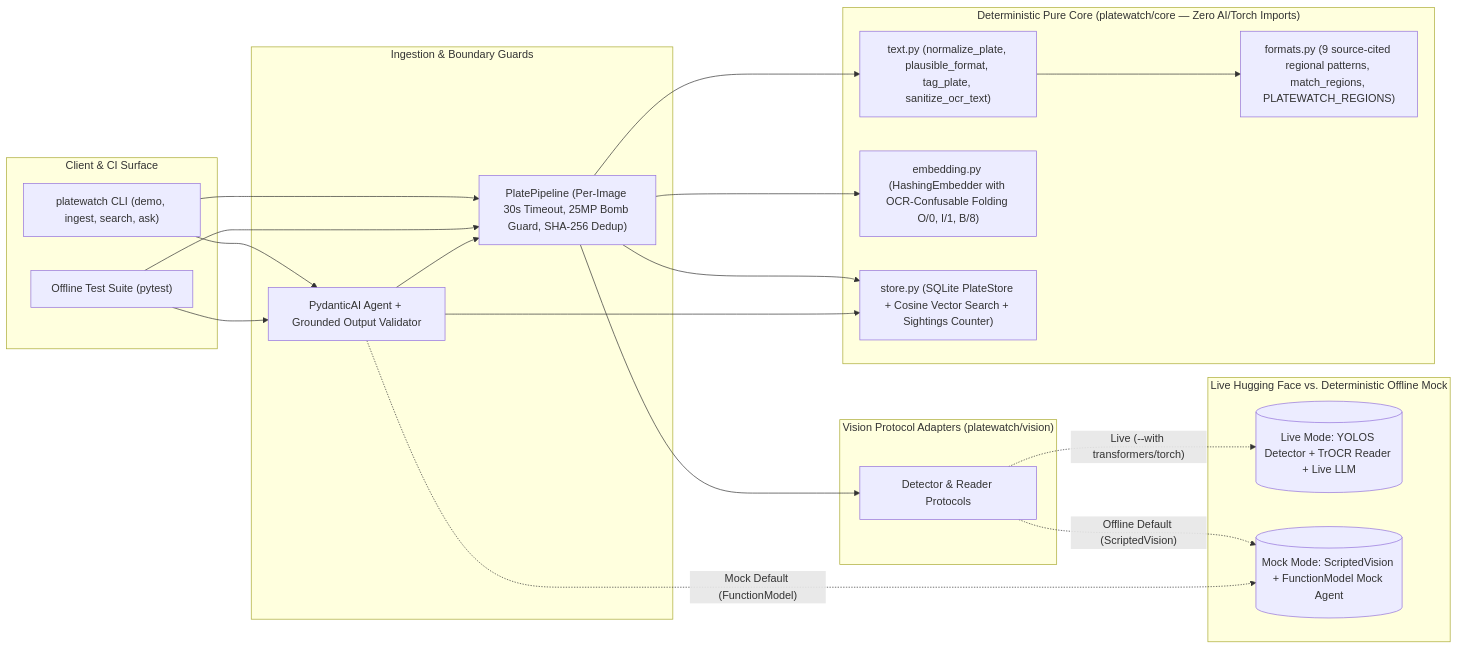
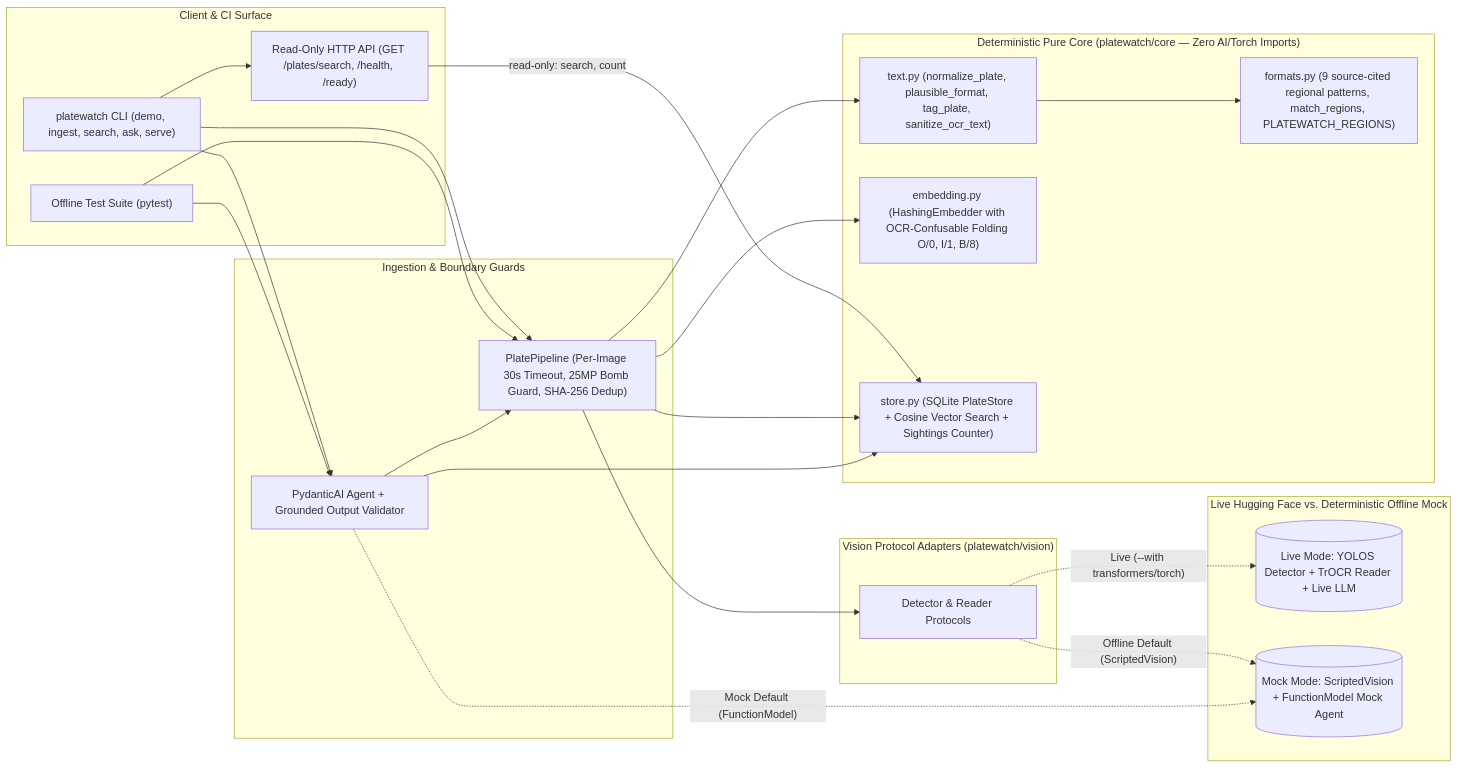
Before and after one commit to AshraHossain/agent-system: the first of 2 diagrams in platewatch/README.md, drawn with Mermaid. The commit also changed other lines of this file and 7 other files, not shown here.

First line of the commit message:
feat(platewatch): read-only GET /plates/search API (#51)

````diff
--- a/platewatch/README.md
+++ b/platewatch/README.md
@@ -16,36 +16,39 @@
 ```mermaid
 flowchart LR
     subgraph Client["Client & CI Surface"]
-        CLI["platewatch CLI (demo, ingest, search, ask)"]
+        CLI["platewatch CLI (demo, ingest, search, ask, serve)"]
+        API["Read-Only HTTP API (GET /plates/search, /health, /ready)"]
         PYTEST["Offline Test Suite (pytest)"]
     end
 
     subgraph Edge["Ingestion & Boundary Guards"]
         PIPE["PlatePipeline (Per-Image 30s Timeout, 25MP Bomb Guard, SHA-256 Dedup)"]
         AG["PydanticAI Agent + Grounded Output Validator"]
     end
 
     subgraph Core["Deterministic Pure Core (platewatch/core — Zero AI/Torch Imports)"]
         TXT["text.py (normalize_plate, plausible_format, tag_plate, sanitize_ocr_text)"]
         FMT["formats.py (9 source-cited regional patterns, match_regions, PLATEWATCH_REGIONS)"]
         EMB["embedding.py (HashingEmbedder with OCR-Confusable Folding O/0, I/1, B/8)"]
         STORE["store.py (SQLite PlateStore + Cosine Vector Search + Sightings Counter)"]
     end
 
     subgraph Adapters["Vision Protocol Adapters (platewatch/vision)"]
         PROT["Detector & Reader Protocols"]
     end
 
     subgraph Backends["Live Hugging Face vs. Deterministic Offline Mock"]
         LIVE[("Live Mode: YOLOS Detector + TrOCR Reader + Live LLM")]
         MOCK[("Mock Mode: ScriptedVision + FunctionModel Mock Agent")]
     end
 
     CLI & PYTEST --> PIPE & AG
+    CLI --> API
+    API -- "read-only: search, count" --> STORE
     PIPE --> PROT & TXT & EMB & STORE
     TXT --> FMT
     AG --> PIPE & STORE
     PROT -. "Live (--with transformers/torch)" .-> LIVE
     PROT -. "Offline Default (ScriptedVision)" .-> MOCK
     AG -. "Mock Default (FunctionModel)" .-> MOCK
 ```
````
